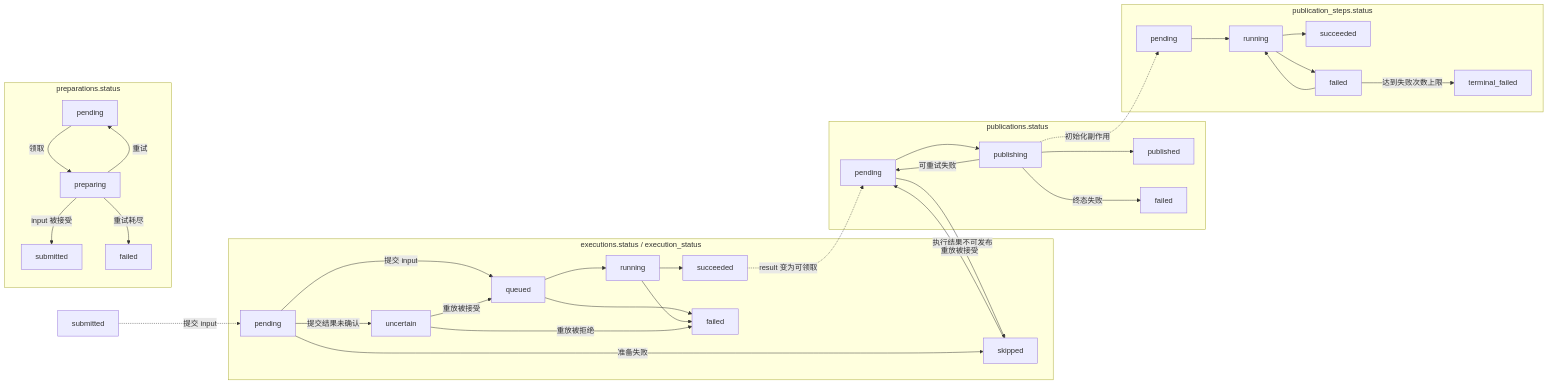
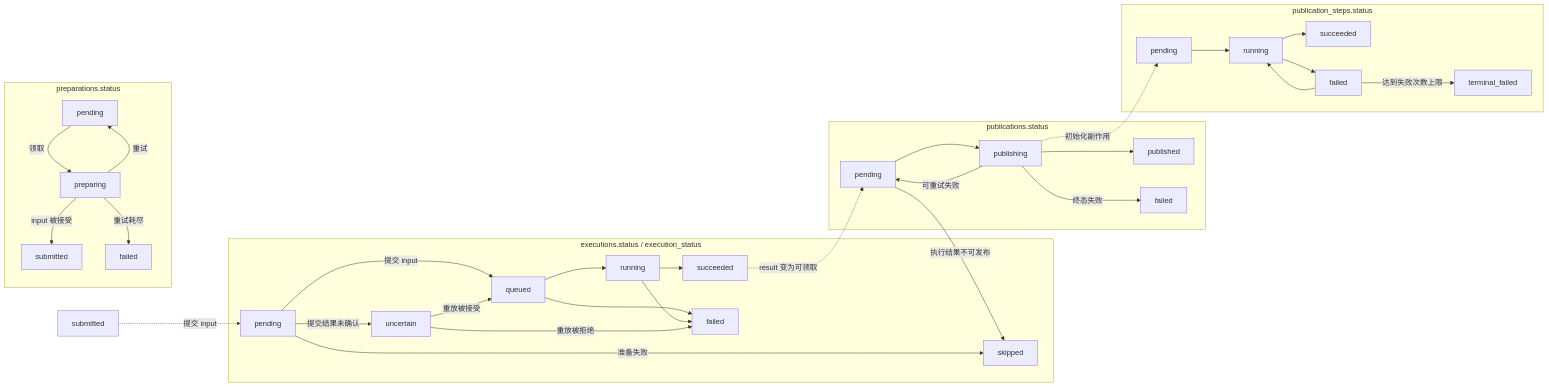
Before and after one commit to Agent-AI-Chalmers/sec-review-bot: the second of 2 diagrams in control-plane/README.zh.md, drawn with Mermaid. The commit also changed other lines of this file and 35 other files, not shown here.

````diff
--- a/control-plane/README.zh.md
+++ b/control-plane/README.zh.md
@@ -56,39 +56,38 @@
 ```mermaid
 flowchart LR
   subgraph preparation[preparations.status]
     prepending[pending] -->|领取| preparing
     preparing -->|input 被接受| submitted
     preparing -->|重试| prepending
     preparing -->|重试耗尽| prepfailed[failed]
   end
 
   subgraph runner[executions.status / execution_status]
     pending -->|提交 input| queued
     pending -->|准备失败| skipped
     pending -->|提交结果未确认| uncertain
     queued --> running --> succeeded
     queued --> failed
     running --> failed
     uncertain -->|重放被接受| queued
     uncertain -->|重放被拒绝| failed
   end
 
   subgraph publication[publications.status]
     pubpending[pending] --> publishing --> published
     publishing -->|可重试失败| pubpending
     publishing -->|终态失败| pubfailed[failed]
     pubpending -->|执行结果不可发布| skipped
-    skipped -->|重放被接受| pubpending
   end
 
   subgraph steps[publication_steps.status]
     steppending[pending] --> runningstep[running] --> stepsucceeded[succeeded]
     runningstep --> stepfailed[failed]
     stepfailed --> runningstep
     stepfailed -->|达到失败次数上限| terminalfailed[terminal_failed]
   end
 
   preparedsubmitted[submitted] -.->|提交 input| pending
   succeeded -.->|result 变为可领取| pubpending
   publishing -.->|初始化副作用| steppending
 ```
````
